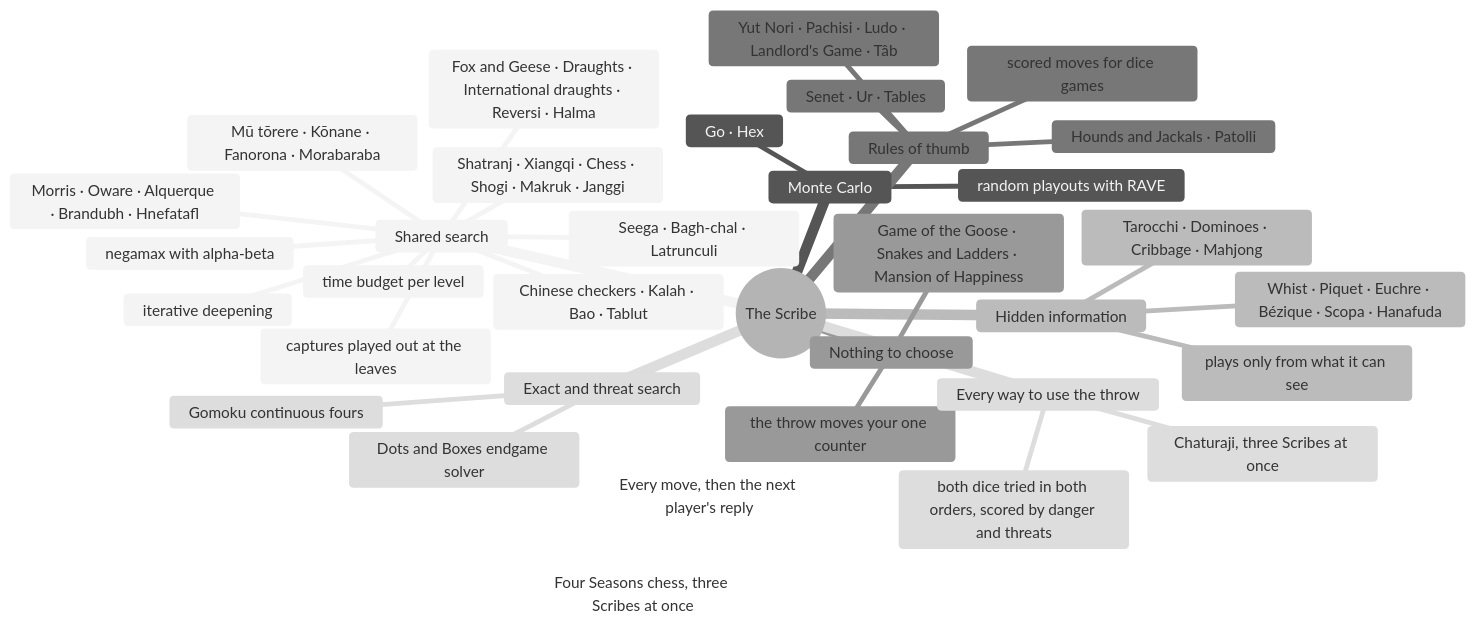
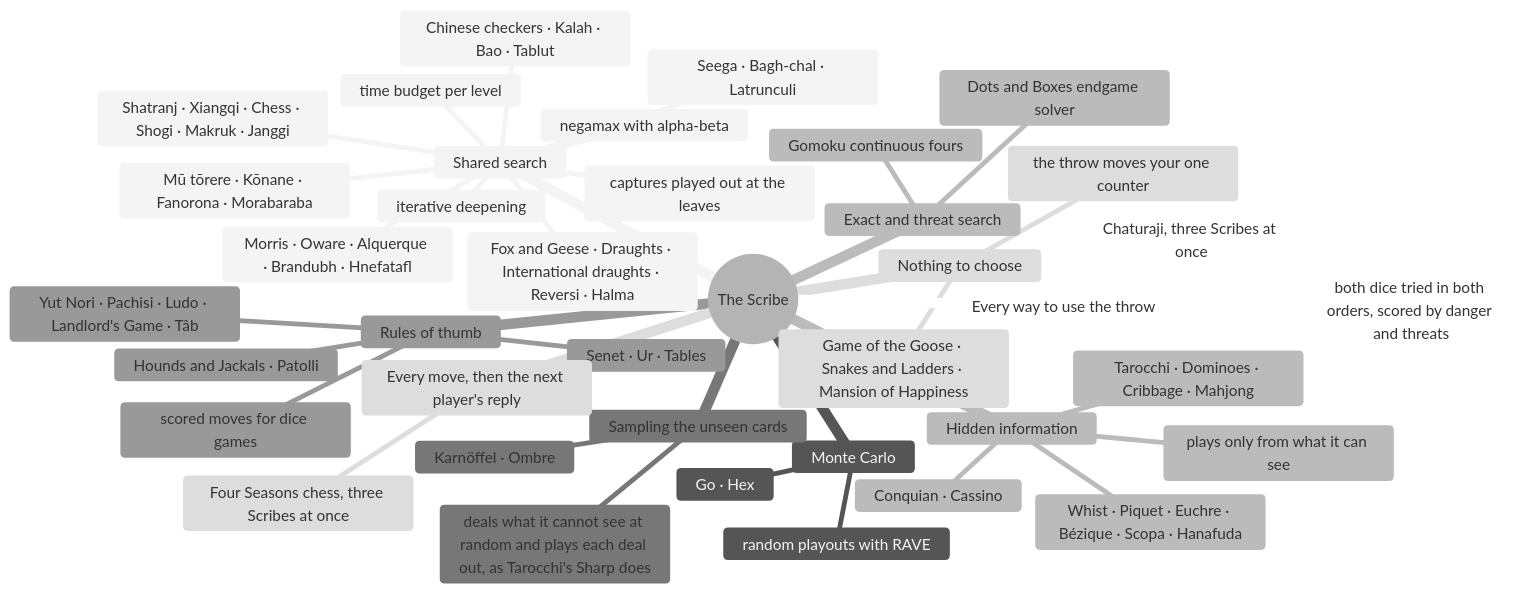
Before and after one commit to CptNope/Librarium-Archives: the first of 3 diagrams in docs/scribe.md, drawn with Mermaid (neutral theme). The commit also changed other lines of this file and 47 other files, not shown here.

````diff
--- a/docs/scribe.md
+++ b/docs/scribe.md
@@ -5,38 +5,42 @@
 ```mermaid
 mindmap
   root((The Scribe))
     Shared search
       negamax with alpha-beta
       captures played out at the leaves
       iterative deepening
       time budget per level
       Morris · Oware · Alquerque · Brandubh · Hnefatafl
       Shatranj · Xiangqi · Chess · Shogi · Makruk · Janggi
       Fox and Geese · Draughts · International draughts · Reversi · Halma
       Chinese checkers · Kalah · Bao · Tablut
       Mū tōrere · Kōnane · Fanorona · Morabaraba
       Seega · Bagh-chal · Latrunculi
     Monte Carlo
       random playouts with RAVE
       Go · Hex
     Hidden information
       plays only from what it can see
       Tarocchi · Dominoes · Cribbage · Mahjong
       Whist · Piquet · Euchre · Bézique · Scopa · Hanafuda
+      Conquian · Cassino
+    Sampling the unseen cards
+      deals what it cannot see at random and plays each deal out, as Tarocchi's Sharp does
+      Karnöffel · Ombre
     Rules of thumb
       scored moves for dice games
       Senet · Ur · Tables
       Yut Nori · Pachisi · Ludo · Landlord's Game · Tâb
       Hounds and Jackals · Patolli
     Nothing to choose
       the throw moves your one counter
       Game of the Goose · Snakes and Ladders · Mansion of Happiness
     Every way to use the throw
       both dice tried in both orders, scored by danger and threats
       Chaturaji, three Scribes at once
     Every move, then the next player's reply
       Four Seasons chess, three Scribes at once
     Exact and threat search
       Dots and Boxes endgame solver
       Gomoku continuous fours
 ```
````
